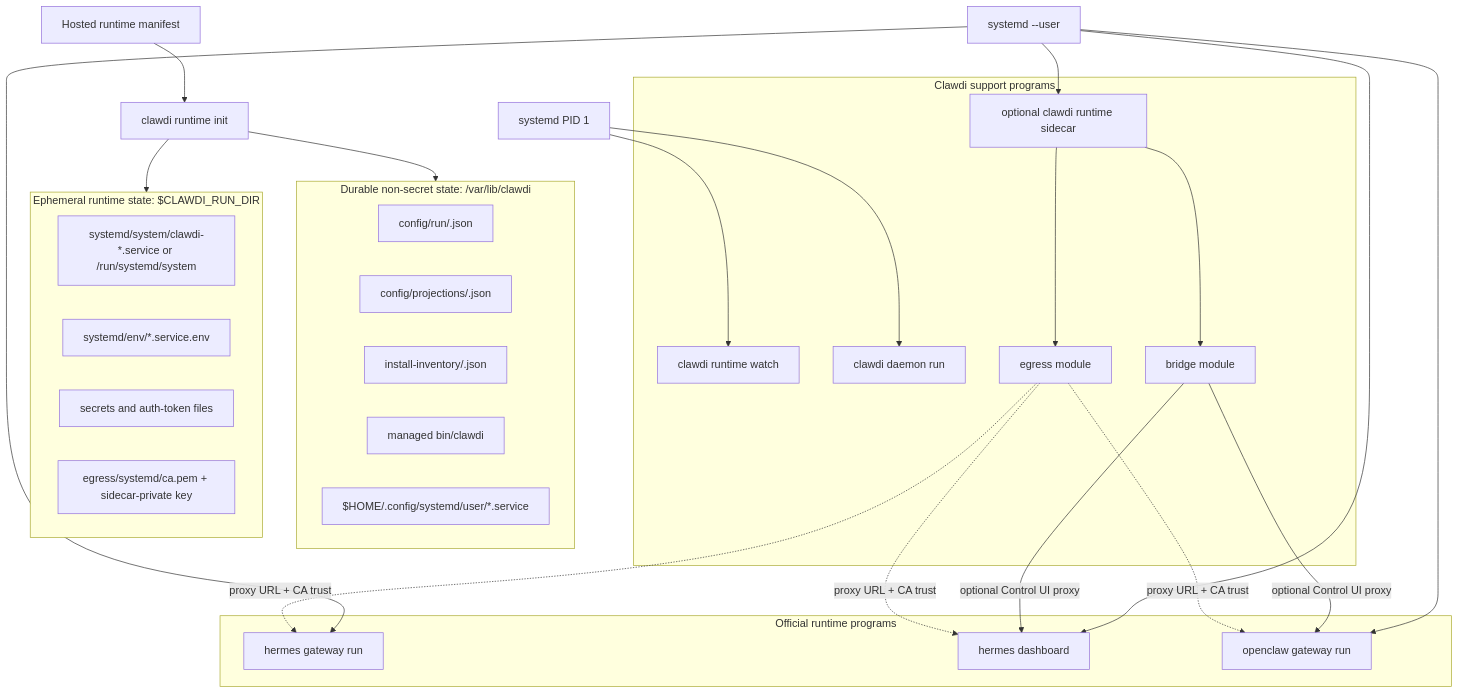
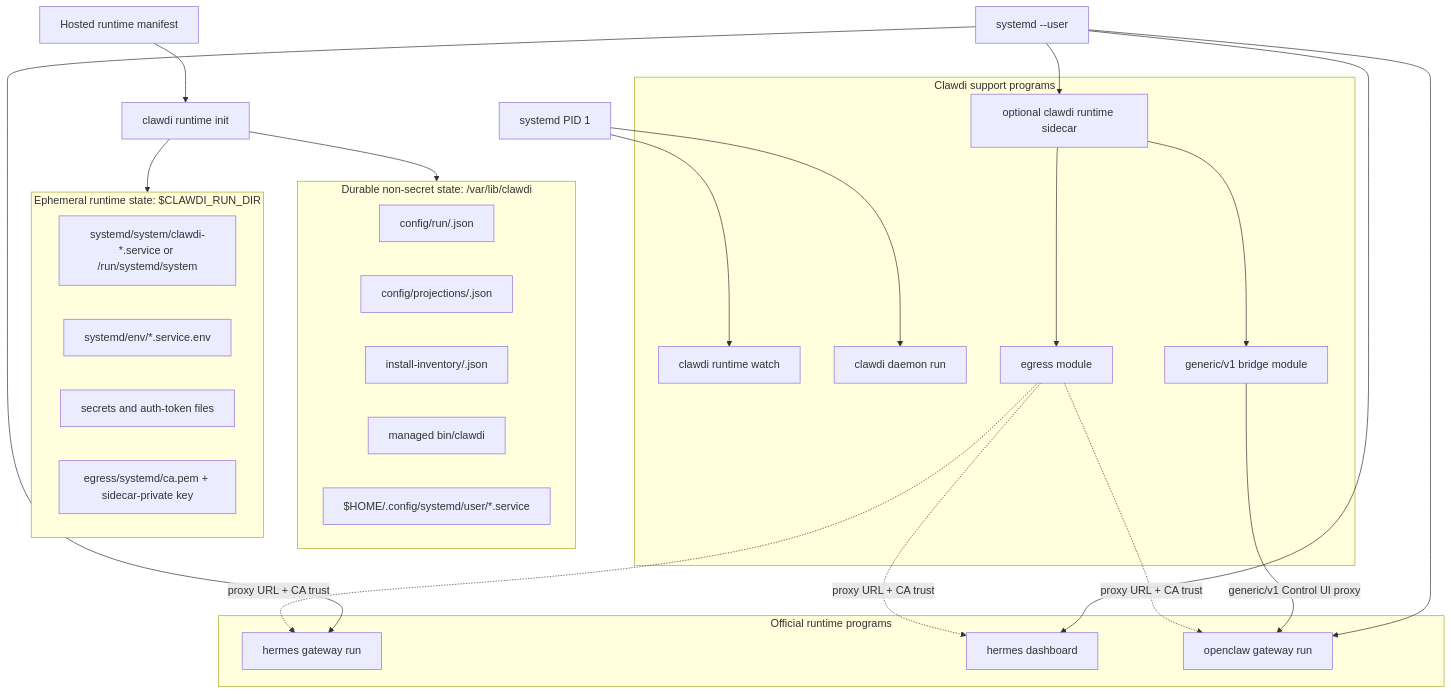
The first of 2 diagrams in docs/managed-runtime.md (Clawdi-AI/clawdi), drawn with Mermaid before and after one commit. The commit also changed other lines of this file and 31 other files, not shown here.

````diff
--- a/docs/managed-runtime.md
+++ b/docs/managed-runtime.md
@@ -139,50 +141,49 @@
 ```mermaid
 flowchart TB
     CP[Hosted runtime manifest] --> Init[clawdi runtime init]
     Init --> Durable
     Init --> Ephemeral
 
     subgraph Durable["Durable non-secret state: /var/lib/clawdi"]
         RunConfigs[config/run/<runtime>.json]
         Projections[config/projections/<runtime>.json]
         Inventory[install-inventory/<runtime>.json]
         CliBin[managed bin/clawdi]
         UserUnits[$HOME/.config/systemd/user/*.service]
     end
 
     subgraph Ephemeral["Ephemeral runtime state: $CLAWDI_RUN_DIR"]
         SystemUnits[systemd/system/clawdi-*.service or /run/systemd/system]
         UnitEnv[systemd/env/*.service.env]
         Secrets[secrets and auth-token files]
         EgressCA[egress/systemd/ca.pem + sidecar-private key]
     end
 
     subgraph Support["Clawdi support programs"]
         Watch[clawdi runtime watch]
         Daemon[clawdi daemon run]
         Sidecar[optional clawdi runtime sidecar]
-        Bridge[bridge module]
+        Bridge[generic/v1 bridge module]
         Egress[egress module]
     end
 
     subgraph Runtime["Official runtime programs"]
         HermesGateway[hermes gateway run]
         HermesDashboard[hermes dashboard]
         OpenClaw[openclaw gateway run]
     end
 
     Systemd[systemd PID 1] --> Watch
     Systemd --> Daemon
     UserSystemd[systemd --user] --> Sidecar
     Sidecar --> Bridge
     Sidecar --> Egress
     UserSystemd --> HermesGateway
     UserSystemd --> HermesDashboard
     UserSystemd --> OpenClaw
 
-    Bridge -->|optional Control UI proxy| HermesDashboard
-    Bridge -->|optional Control UI proxy| OpenClaw
+    Bridge -->|generic/v1 Control UI proxy| OpenClaw
     Egress -. proxy URL + CA trust .-> HermesGateway
     Egress -. proxy URL + CA trust .-> HermesDashboard
     Egress -. proxy URL + CA trust .-> OpenClaw
 ```
````
